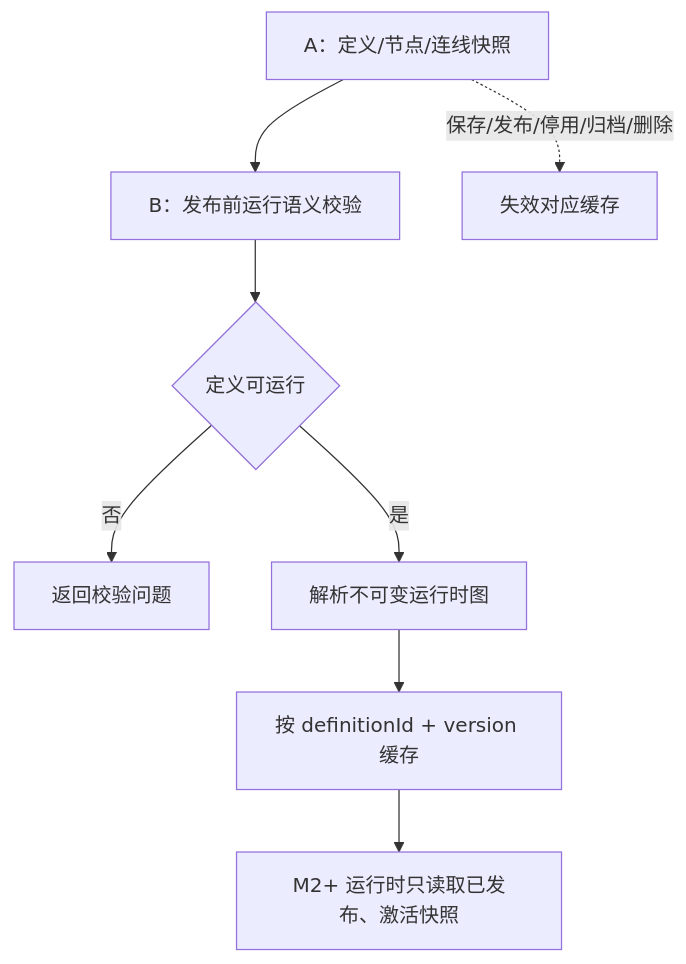
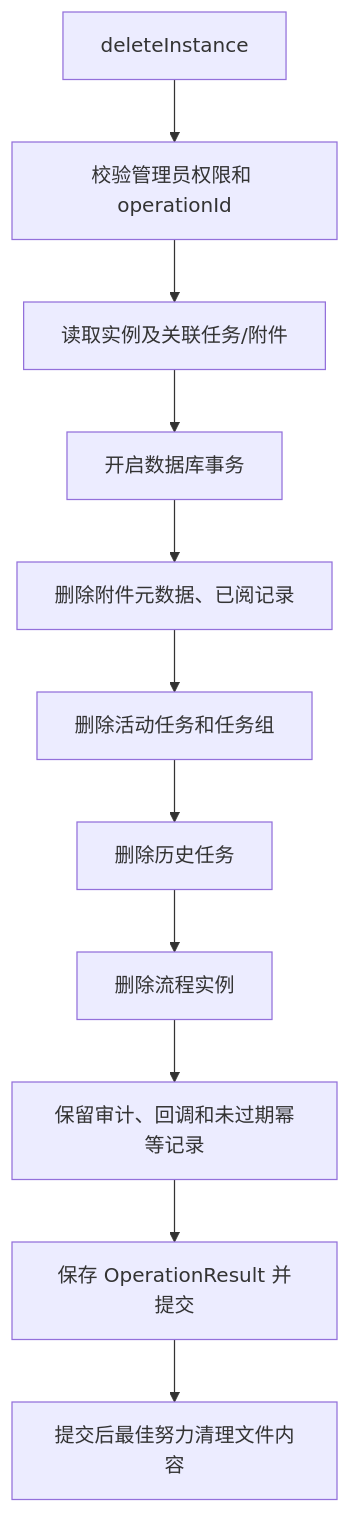
The sixth of 8 diagrams in doc/实习生B/流程平台技术文档_实习生B.md (ZQ7777777/flow-mind), drawn with Mermaid before and after one commit. The commit also changed other lines of this file, not shown here.

````diff
--- a/doc/实习生B/流程平台技术文档_实习生B.md
+++ b/doc/实习生B/流程平台技术文档_实习生B.md
@@ -236,10 +398,13 @@
 ```mermaid
 flowchart TD
-    A["A：定义/节点/连线快照"] --> V["B：发布前运行语义校验"]
-    V --> R{"定义可运行"}
-    R -->|"否"| Issues["返回校验问题"]
-    R -->|"是"| G["解析不可变运行时图"]
-    G --> Cache["按 definitionId + version 缓存"]
-    Cache --> Runtime["M2+ 运行时只读取已发布、激活快照"]
-    A -. "保存/发布/停用/归档/删除" .-> Invalidate["失效对应缓存"]
+    R["deleteInstance"] --> P["校验管理员权限和 operationId"]
+    P --> Q["读取实例及关联任务/附件"]
+    Q --> T["开启数据库事务"]
+    T --> A["删除附件元数据、已阅记录"]
+    A --> G["删除活动任务和任务组"]
+    G --> H["删除历史任务"]
+    H --> I["删除流程实例"]
+    I --> K["保留审计、回调和未过期幂等记录"]
+    K --> O["保存 OperationResult 并提交"]
+    O --> F["提交后最佳努力清理文件内容"]
 ```
````
